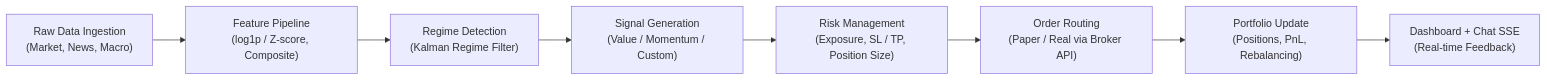
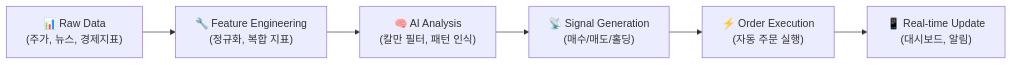
Before and after one commit to SKNETWORKS-FAMILY-AICAMP/SKN12-FINAL-2TEAM: the third of 3 diagrams in README.md, drawn with Mermaid. The commit also changed other lines of this file, not shown here.

````diff
--- a/README.md
+++ b/README.md
@@ -162,10 +227,10 @@
 ```mermaid
 flowchart LR
-  A["Raw Data Ingestion<br/>(Market, News, Macro)"] --> B["Feature Pipeline<br/>(log1p / Z-score, Composite)"]
-  B --> C["Regime Detection<br/>(Kalman Regime Filter)"]
-  C --> D["Signal Generation<br/>(Value / Momentum / Custom)"]
-  D --> E["Risk Management<br/>(Exposure, SL / TP, Position Size)"]
-  E --> F["Order Routing<br/>(Paper / Real via Broker API)"]
-  F --> G["Portfolio Update<br/>(Positions, PnL, Rebalancing)"]
-  G --> H["Dashboard + Chat SSE<br/>(Real-time Feedback)"]
+    A["📊 Raw Data<br/>(주가, 뉴스, 경제지표)"] --> B["🔧 Feature Engineering<br/>(정규화, 복합 지표)"]
+    B --> C["🧠 AI Analysis<br/>(칼만 필터, 패턴 인식)"]
+    C --> D["📡 Signal Generation<br/>(매수/매도/홀딩)"]
+    D --> E["⚡ Order Execution<br/>(자동 주문 실행)"]
+    E --> F["📱 Real-time Update<br/>(대시보드, 알림)"]
+    
+
 ```
````
